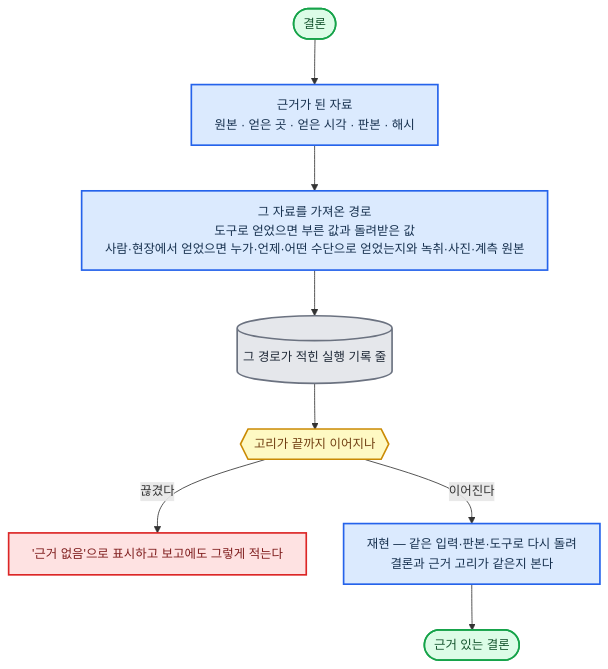
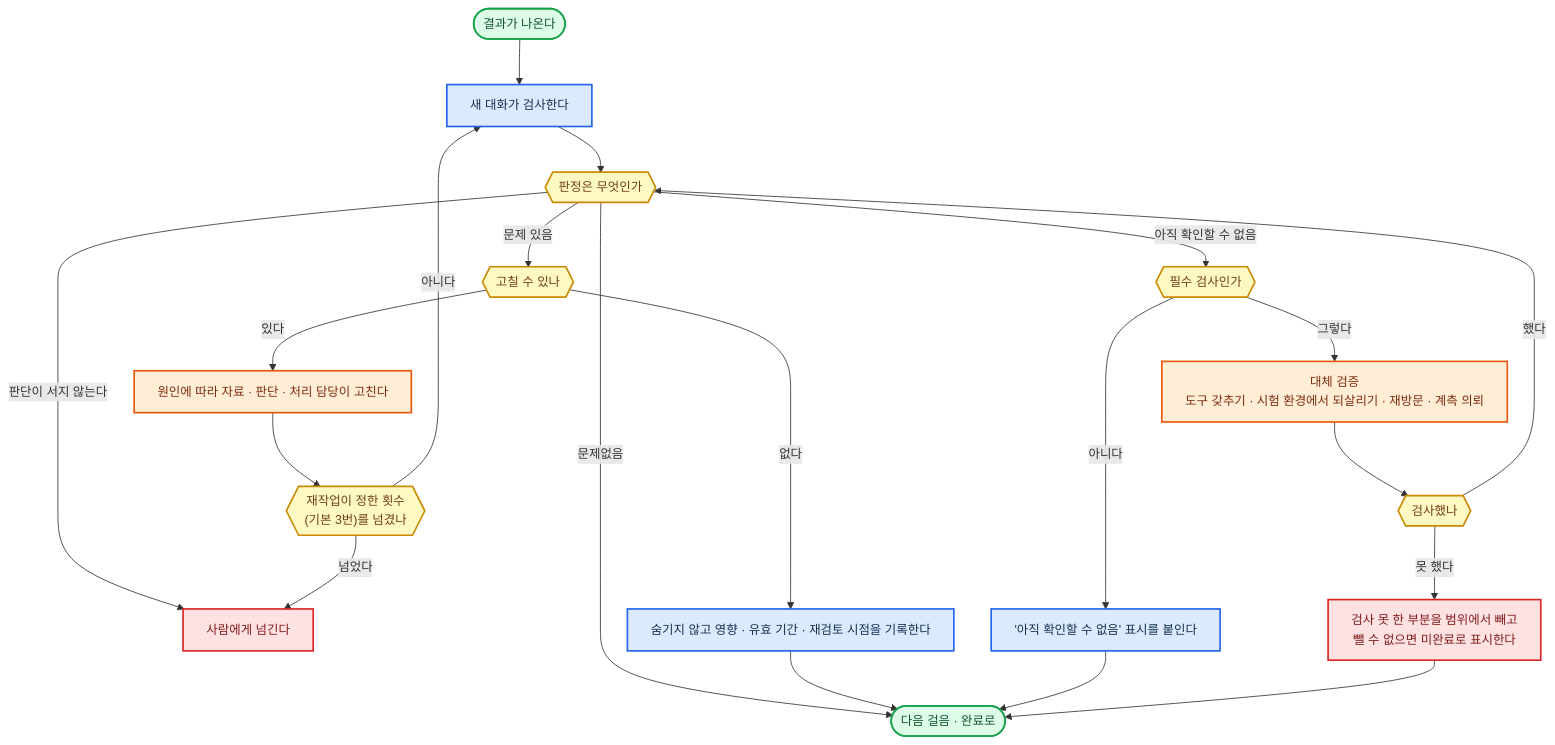
Before and after one commit to harisbaguette/expert: diagram 12 of 14 in 전문가 에이전트 정의 2.md, drawn with Mermaid. The commit also changed other lines of this file and 2 other files, not shown here.

````diff
--- a/전문가 에이전트 정의 2.md
+++ b/전문가 에이전트 정의 2.md
@@ -1882,22 +1939,22 @@
 ```mermaid
 %%{init: {"flowchart": {"wrappingWidth": 640, "curve": "basis", "nodeSpacing": 45, "rankSpacing": 55, "padding": 14, "useMaxWidth": true}, "themeVariables": {"fontSize": "15px"}} }%%
 flowchart TB
-    C(["결론"]):::good
-    AA["근거가 된 자료<br/>원본 · 얻은 곳 · 얻은 시각 · 판본 · 해시"]:::main
-    TT["그 자료를 가져온 경로<br/>도구로 얻었으면 부른 값과 돌려받은 값<br/>사람·현장에서 얻었으면 누가·언제·어떤 수단으로 얻었는지와 녹취·사진·계측 원본"]:::main
-    RR[("그 경로가 적힌 실행 기록 줄")]:::store
-    Q{{"고리가 끝까지 이어지나"}}:::note
-    BRK["'근거 없음'으로 표시하고 보고에도 그렇게 적는다"]:::stop
-    REP["재현 — 같은 입력·판본·도구로 다시 돌려<br/>결론과 근거 고리가 같은지 본다"]:::main
-    OK(["근거 있는 결론"]):::good
-    C --> AA --> TT --> RR --> Q
-    Q -- "끊겼다" --> BRK
-    Q -- "이어진다" --> REP
-    REP --> OK
+    S(["결과가 나온다"]):::good --> CHK["새 대화가 검사한다"]:::main --> V{{"판정은 무엇인가"}}:::note
+    V -- "문제없음" --> OK(["다음 걸음 · 완료로"]):::good
+    V -- "판단이 서지 않는다" --> H["사람에게 넘긴다"]:::stop
+    V -- "문제 있음" --> FQ{{"고칠 수 있나"}}:::note
+    FQ -- "있다" --> FIX["원인에 따라 자료 · 판단 · 처리 담당이 고친다"]:::back --> N{{"재작업이 정한 횟수<br/>(기본 3번)를 넘겼나"}}:::note
+    N -- "아니다" --> CHK
+    N -- "넘었다" --> H
+    FQ -- "없다" --> UNF["숨기지 않고 영향 · 유효 기간 · 재검토 시점을 기록한다"]:::main --> OK
+    V -- "아직 확인할 수 없음" --> M{{"필수 검사인가"}}:::note
+    M -- "아니다" --> MARK["'아직 확인할 수 없음' 표시를 붙인다"]:::main --> OK
+    M -- "그렇다" --> ALT["대체 검증<br/>도구 갖추기 · 시험 환경에서 되살리기 · 재방문 · 계측 의뢰"]:::back --> AQ{{"검사했나"}}:::note
+    AQ -- "했다" --> V
+    AQ -- "못 했다" --> CUT["검사 못 한 부분을 범위에서 빼고<br/>뺄 수 없으면 미완료로 표시한다"]:::stop --> OK
     classDef main fill:#dbeafe,stroke:#2563eb,stroke-width:2px,color:#17314f
     classDef stop fill:#fee2e2,stroke:#dc2626,stroke-width:2px,color:#7f1d1d
     classDef back fill:#ffedd5,stroke:#ea580c,stroke-width:2px,color:#7c2d12
-    classDef store fill:#e5e7eb,stroke:#6b7280,stroke-width:2px,color:#1f2937
     classDef good fill:#dcfce7,stroke:#16a34a,stroke-width:2px,color:#14532d
     classDef note fill:#fef9c3,stroke:#ca8a04,stroke-width:2px,color:#713f12
 ```
````
